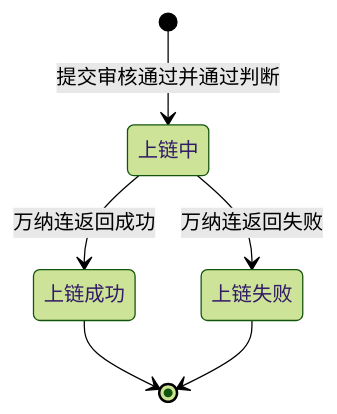
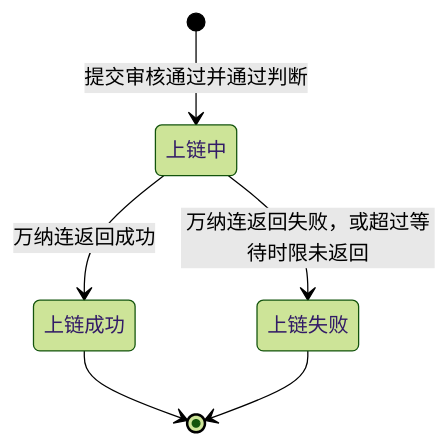
The fourth of 4 diagrams in asset-trust-platform/PRD/运营端/M9-运营审核/02-运营审核-流程图与状态机.md (wxblockchain/Chain-Financing), drawn with Mermaid (forest theme) before and after one commit. The commit also changed other lines of this file and 4 other files, not shown here.

````diff
--- a/asset-trust-platform/PRD/运营端/M9-运营审核/02-运营审核-流程图与状态机.md
+++ b/asset-trust-platform/PRD/运营端/M9-运营审核/02-运营审核-流程图与状态机.md
@@ -91,8 +95,8 @@
 ```mermaid
 stateDiagram-v2
     [*] --> 上链中: 提交审核通过并通过判断
     上链中 --> 上链成功: 万纳连返回成功
-    上链中 --> 上链失败: 万纳连返回失败
+    上链中 --> 上链失败: 万纳连返回失败，或超过等待时限未返回
     上链成功 --> [*]
     上链失败 --> [*]
 ```
````
